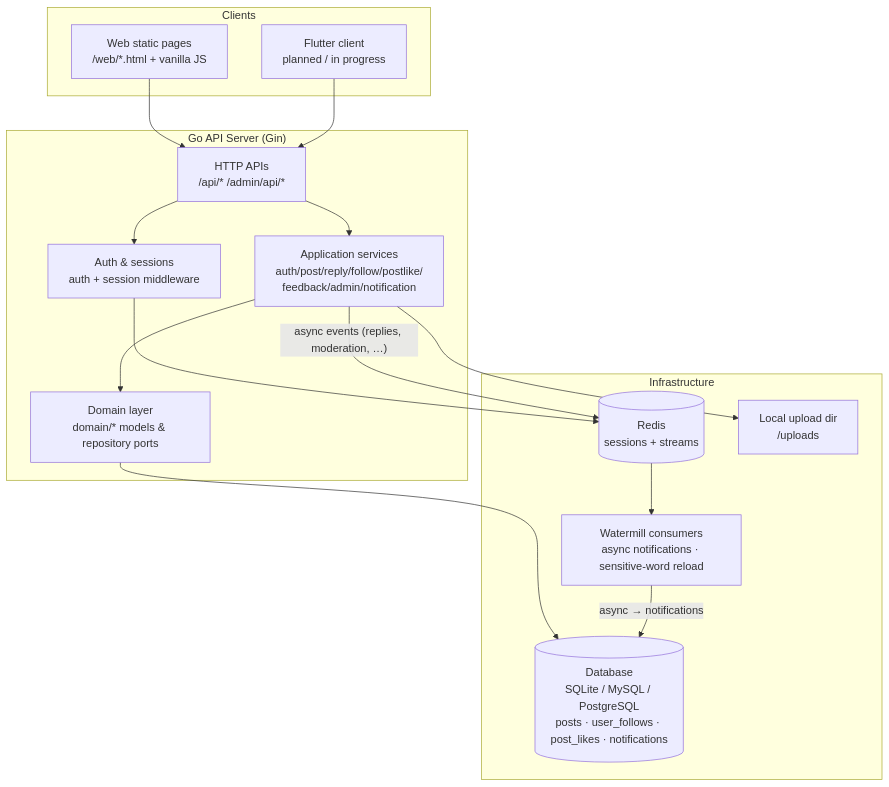
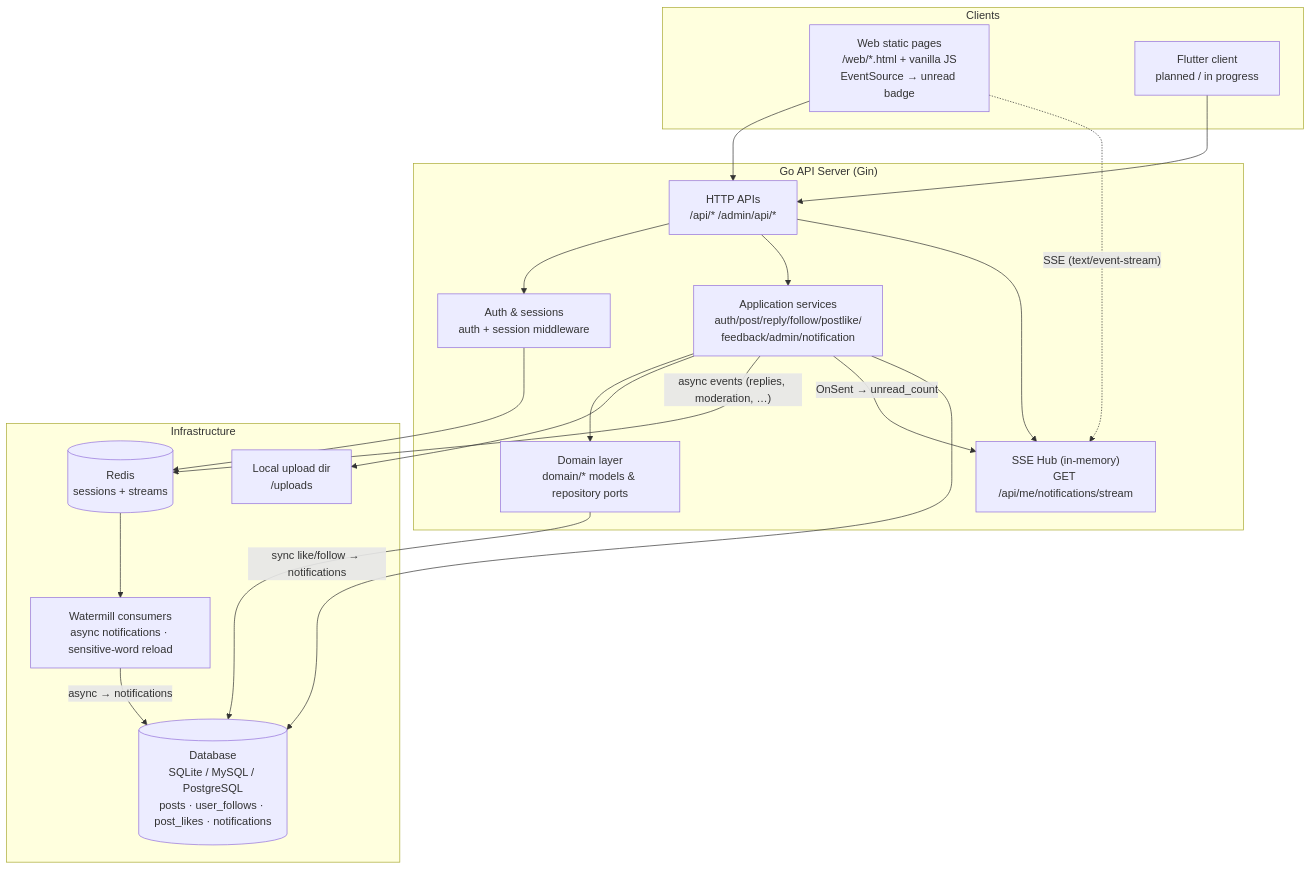
Before and after one commit to lpxxn/blink: the diagram in README.md, drawn with Mermaid. The commit also changed other lines of this file and 1 other file, not shown here.

Commit message:
feat: new feature

````diff
--- a/README.md
+++ b/README.md
@@ -52,33 +54,38 @@
 ```mermaid
 flowchart TB
   subgraph Clients["Clients"]
-    Web["Web static pages<br/>/web/*.html + vanilla JS"]
+    Web["Web static pages<br/>/web/*.html + vanilla JS<br/>EventSource → unread badge"]
     Flutter["Flutter client<br/>planned / in progress"]
   end
 
   subgraph API["Go API Server (Gin)"]
     Auth["Auth & sessions<br/>auth + session middleware"]
     HTTP["HTTP APIs<br/>/api/* /admin/api/*"]
+    SSE["SSE Hub (in-memory)<br/>GET /api/me/notifications/stream"]
     App["Application services<br/>auth/post/reply/follow/postlike/<br/>feedback/admin/notification"]
     Domain["Domain layer<br/>domain/* models & repository ports"]
   end
 
   subgraph Infra["Infrastructure"]
     DB[("Database<br/>SQLite / MySQL / PostgreSQL<br/>posts · user_follows · post_likes · notifications")]
     Redis[("Redis<br/>sessions + streams")]
     Uploads["Local upload dir<br/>/uploads"]
     Watermill["Watermill consumers<br/>async notifications · sensitive-word reload"]
   end
 
   Web --> HTTP
+  Web -. "SSE (text/event-stream)" .-> SSE
   Flutter --> HTTP
   HTTP --> Auth
   HTTP --> App
+  HTTP --> SSE
   App --> Domain
   Domain --> DB
   Auth --> Redis
   App --> Uploads
   App -- "async events (replies, moderation, …)" --> Redis
   Redis --> Watermill
   Watermill -- "async → notifications" --> DB
+  App -- "OnSent → unread_count" --> SSE
+  App -- "sync like/follow → notifications" --> DB
 ```
````
